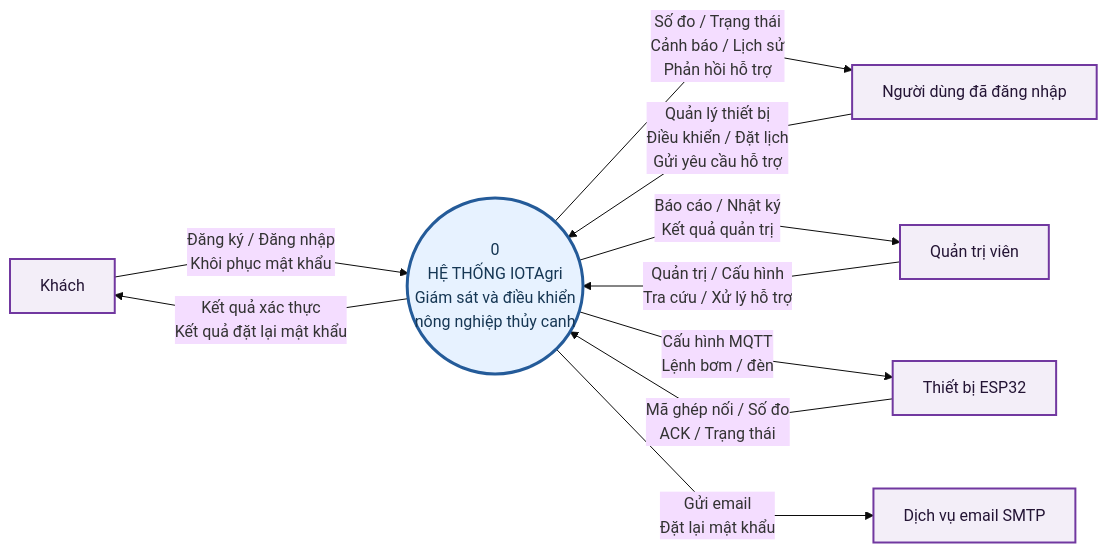
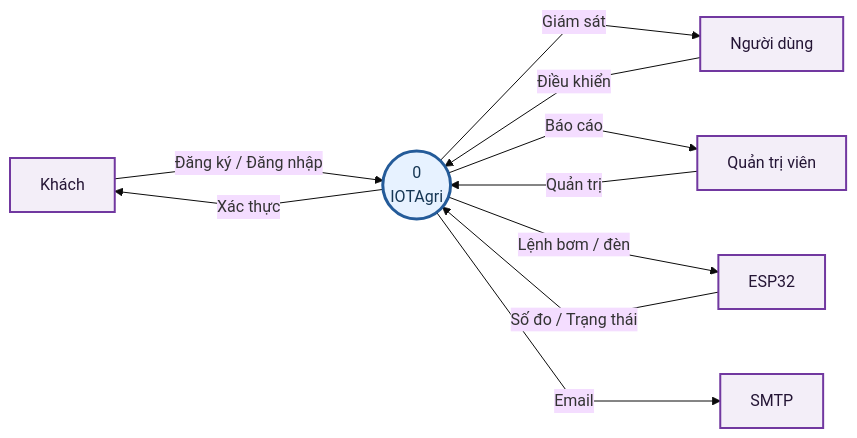
The diagram in docs/diagrams/system-context.mmd (huuanh1411/IOTAgri), drawn with Mermaid before and after one commit. The commit also changed 8 other files, not shown here.

```diff
--- a/docs/diagrams/system-context.mmd
+++ b/docs/diagrams/system-context.mmd
@@ -1,31 +1,31 @@
 ---
 config:
   theme: base
   flowchart:
     curve: linear
     htmlLabels: true
     nodeSpacing: 65
     rankSpacing: 120
 ---
 flowchart LR
     Guest["Khách"]
-    User["Người dùng đã đăng nhập"]
-    System(("0<br/>HỆ THỐNG IOTAgri<br/>Giám sát và điều khiển<br/>nông nghiệp thủy canh"))
+    User["Người dùng"]
+    System(("0<br/>IOTAgri"))
     Admin["Quản trị viên"]
-    ESP["Thiết bị ESP32"]
-    SMTP["Dịch vụ email SMTP"]
+    ESP["ESP32"]
+    SMTP["SMTP"]
 
-    Guest -->|"Đăng ký / Đăng nhập<br/>Khôi phục mật khẩu"| System
-    System -->|"Kết quả xác thực<br/>Kết quả đặt lại mật khẩu"| Guest
-    User -->|"Quản lý thiết bị<br/>Điều khiển / Đặt lịch<br/>Gửi yêu cầu hỗ trợ"| System
-    System -->|"Số đo / Trạng thái<br/>Cảnh báo / Lịch sử<br/>Phản hồi hỗ trợ"| User
-    Admin -->|"Quản trị / Cấu hình<br/>Tra cứu / Xử lý hỗ trợ"| System
-    System -->|"Báo cáo / Nhật ký<br/>Kết quả quản trị"| Admin
-    ESP -->|"Mã ghép nối / Số đo<br/>ACK / Trạng thái"| System
-    System -->|"Cấu hình MQTT<br/>Lệnh bơm / đèn"| ESP
-    System -->|"Gửi email<br/>Đặt lại mật khẩu"| SMTP
+    Guest -->|"Đăng ký / Đăng nhập"| System
+    System -->|"Xác thực"| Guest
+    User -->|"Điều khiển"| System
+    System -->|"Giám sát"| User
+    Admin -->|"Quản trị"| System
+    System -->|"Báo cáo"| Admin
+    ESP -->|"Số đo / Trạng thái"| System
+    System -->|"Lệnh bơm / đèn"| ESP
+    System -->|"Email"| SMTP
 
     classDef external fill:#f3eef8,stroke:#7138a0,stroke-width:2px,color:#241535;
     classDef system fill:#e7f2ff,stroke:#245b99,stroke-width:3px,color:#163754;
     class Guest,User,Admin,ESP,SMTP external;
     class System system;
```
